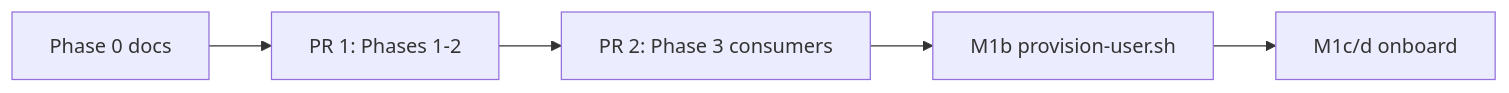
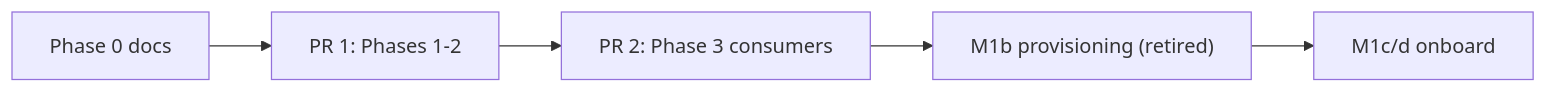
Before and after one commit to sibling-shipyard/coach-hq: the second of 2 diagrams in docs/eng-docs/skeleton-layout.md, drawn with Mermaid. The commit also changed other lines of this file and 4 other files, not shown here.

````diff
--- a/docs/eng-docs/skeleton-layout.md
+++ b/docs/eng-docs/skeleton-layout.md
@@ -196,7 +196,7 @@
 ```mermaid
 flowchart LR
   P0["Phase 0 docs"] --> PR1["PR 1: Phases 1-2"]
   PR1 --> PR2["PR 2: Phase 3 consumers"]
-  PR2 --> M1b["M1b provision-user.sh"]
+  PR2 --> M1b["M1b provisioning (retired)"]
   M1b --> M1cd["M1c/d onboard"]
 ```
````
